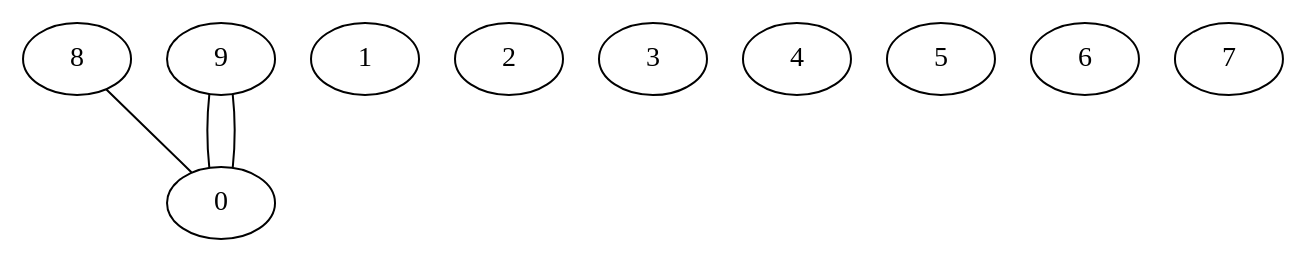
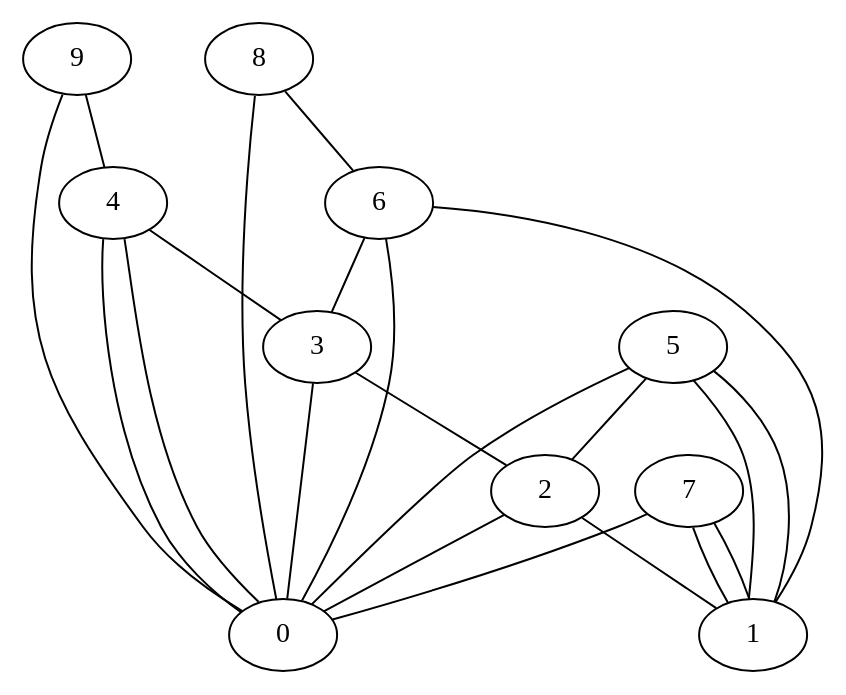
The diagram in feeds/out/O-9-10-10-SA.dot (denizsurmeli/random-graph-generator), drawn with Graphviz before and after one commit. The commit also changed 688 other files, not shown here.

```diff
--- a/feeds/out/O-9-10-10-SA.dot
+++ b/feeds/out/O-9-10-10-SA.dot
@@ -1,15 +1,33 @@
 graph G {
 0;
 1;
 2;
 3;
 4;
 5;
 6;
 7;
 8;
 9;
-9--0 ;
+9--4 ;
 9--0 ;
 8--0 ;
+8--6 ;
+7--1 ;
+7--0 ;
+7--1 ;
+6--3 ;
+6--1 ;
+6--0 ;
+5--1 ;
+5--1 ;
+5--2 ;
+5--0 ;
+4--0 ;
+4--0 ;
+4--3 ;
+3--2 ;
+3--0 ;
+2--0 ;
+2--1 ;
 }
```
